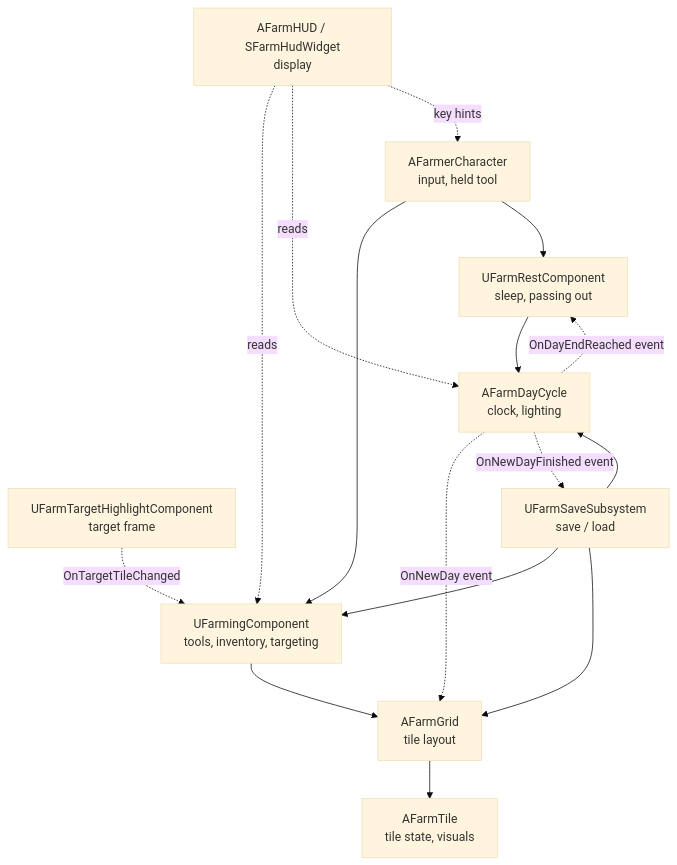
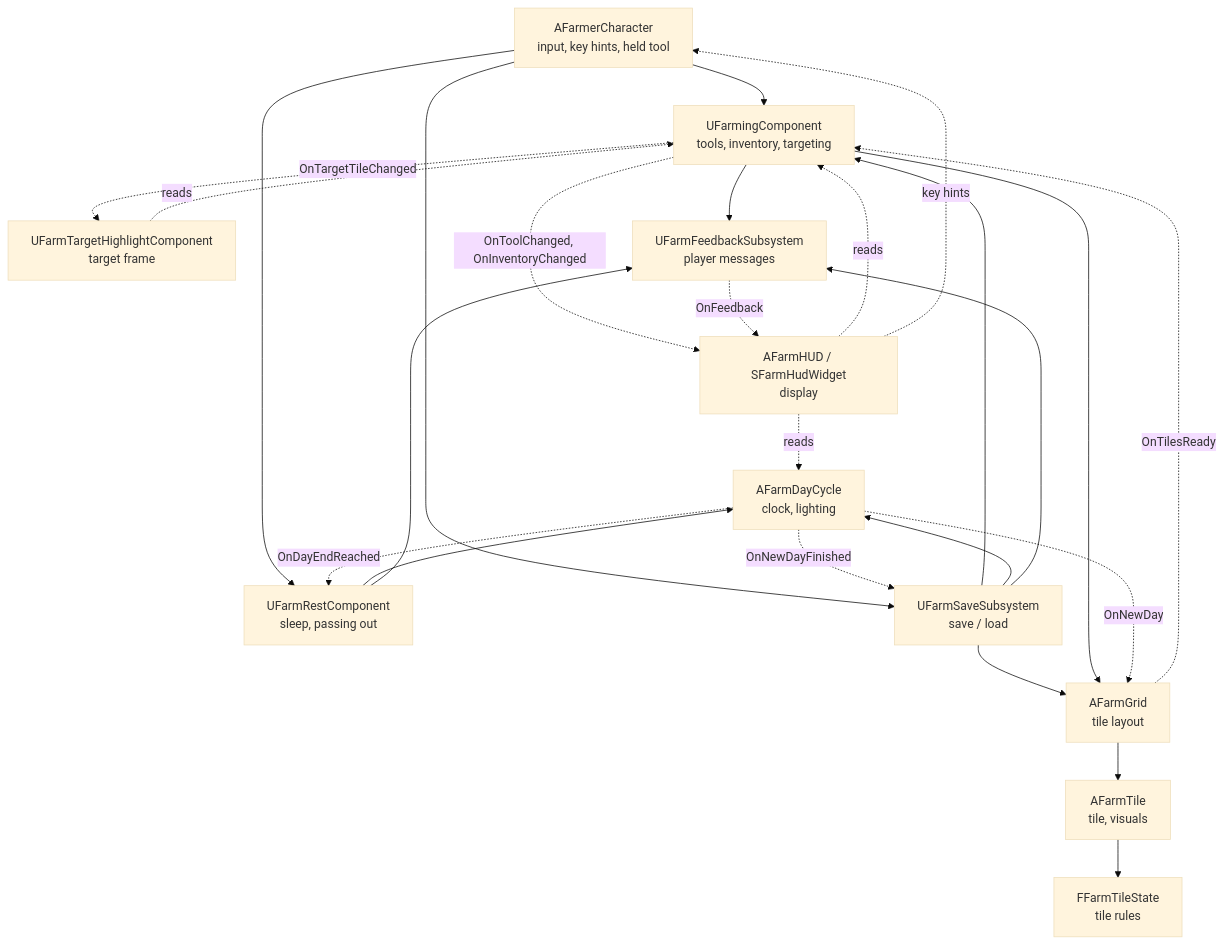
Before and after one commit to DunderGG/FarmSim: the first of 2 diagrams in Docs/Architecture.md, drawn with Mermaid (base theme). The commit also changed other lines of this file and 3 other files, not shown here.

````diff
--- a/Docs/Architecture.md
+++ b/Docs/Architecture.md
@@ -355,18 +355,27 @@
 ```mermaid
 flowchart TD
-    Input[AFarmerCharacter<br/>input, held tool] --> Farming[UFarmingComponent<br/>tools, inventory, targeting]
+    Input[AFarmerCharacter<br/>input, key hints, held tool] --> Farming[UFarmingComponent<br/>tools, inventory, targeting]
     Input --> Rest[UFarmRestComponent<br/>sleep, passing out]
+    Input --> Save
     HUD[AFarmHUD / SFarmHudWidget<br/>display] -.reads.-> Farming
     HUD -.reads.-> DayCycle
     HUD -.key hints.-> Input
-    Highlight[UFarmTargetHighlightComponent<br/>target frame] -. OnTargetTileChanged .-> Farming
+    Highlight[UFarmTargetHighlightComponent<br/>target frame] -.reads.-> Farming
     Save[UFarmSaveSubsystem<br/>save / load] --> Farming
     Save --> Grid
     Save --> DayCycle
     Farming --> Grid[AFarmGrid<br/>tile layout]
     Rest --> DayCycle[AFarmDayCycle<br/>clock, lighting]
-    DayCycle -. OnDayEndReached event .-> Rest
-    Grid --> Tile[AFarmTile<br/>tile state, visuals]
-    DayCycle -. OnNewDay event .-> Grid
-    DayCycle -. OnNewDayFinished event .-> Save
+    Grid --> Tile[AFarmTile<br/>tile, visuals]
+    Tile --> TileState[FFarmTileState<br/>tile rules]
+    Farming --> Feedback[UFarmFeedbackSubsystem<br/>player messages]
+    Rest --> Feedback
+    Save --> Feedback
+    DayCycle -. OnDayEndReached .-> Rest
+    DayCycle -. OnNewDay .-> Grid
+    DayCycle -. OnNewDayFinished .-> Save
+    Grid -. OnTilesReady .-> Farming
+    Farming -. OnTargetTileChanged .-> Highlight
+    Farming -. OnToolChanged, OnInventoryChanged .-> HUD
+    Feedback -. OnFeedback .-> HUD
 ```
````
